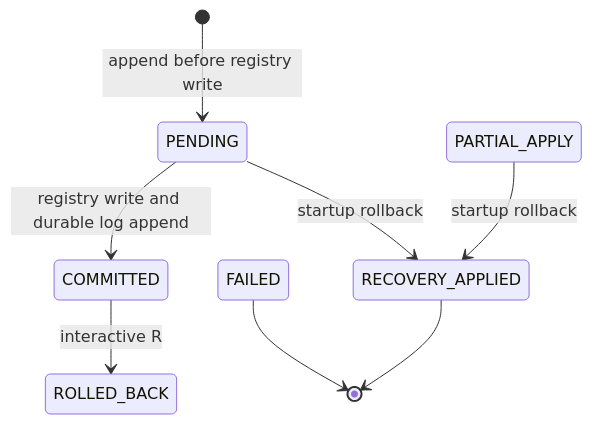
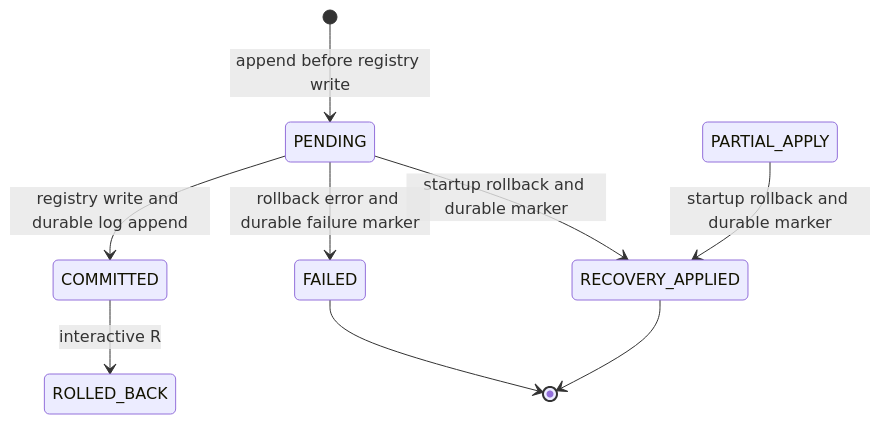
The third of 3 diagrams in docs/ARCHITECTURE.md (genesisgzdev/Aegis11), drawn with Mermaid before and after one commit. The commit also changed other lines of this file and 4 other files, not shown here.

```diff
--- a/docs/ARCHITECTURE.md
+++ b/docs/ARCHITECTURE.md
@@ -58,10 +58,11 @@
 ~~~mermaid
 stateDiagram-v2
     [*] --> PENDING: append before registry write
     PENDING --> COMMITTED: registry write and durable log append
-    PENDING --> RECOVERY_APPLIED: startup rollback
-    PARTIAL_APPLY --> RECOVERY_APPLIED: startup rollback
+    PENDING --> RECOVERY_APPLIED: startup rollback and durable marker
+    PARTIAL_APPLY --> RECOVERY_APPLIED: startup rollback and durable marker
+    PENDING --> FAILED: rollback error and durable failure marker
     COMMITTED --> ROLLED_BACK: interactive R
     FAILED --> [*]
     RECOVERY_APPLIED --> [*]
 ~~~
```
